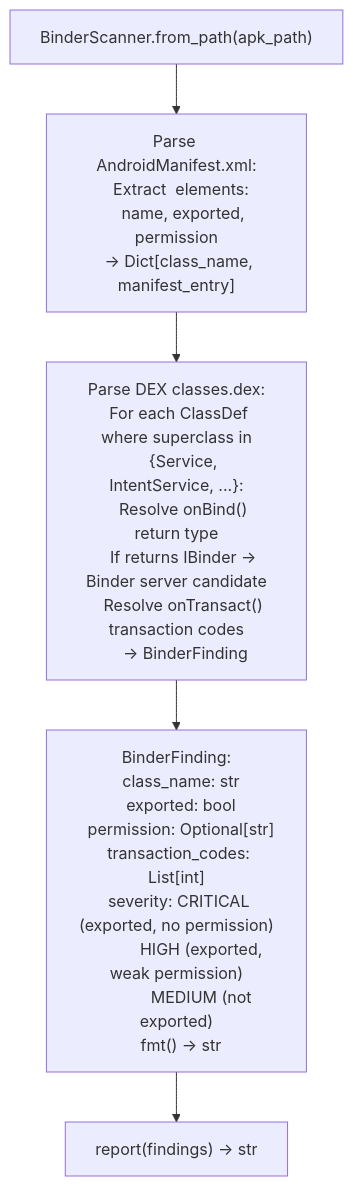
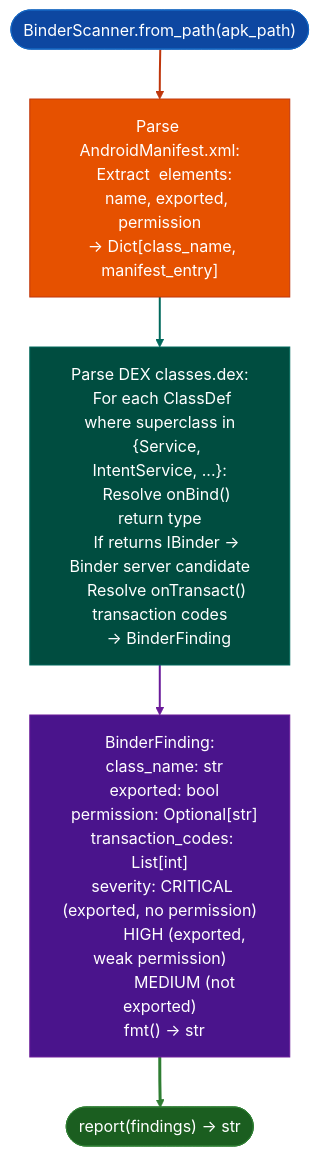
The diagram in docs/reference-modules/live-virtual-dispatch-slots.md (Ablation-Tool/ablation), drawn with Mermaid before and after one commit. The commit also changed 320 other files, not shown here.

First line of the commit message:
docs: apply canonical Mermaid template to all 321 diagrams

````diff
--- a/docs/reference-modules/live-virtual-dispatch-slots.md
+++ b/docs/reference-modules/live-virtual-dispatch-slots.md
@@ -19,7 +19,17 @@
 ```mermaid
 flowchart TD
-    A["BinderScanner.from_path(apk_path)"] --> B["Parse AndroidManifest.xml:\n  Extract <service> elements:\n    name, exported, permission\n  → Dict[class_name, manifest_entry]"]
-    B --> C["Parse DEX classes.dex:\n  For each ClassDef where superclass in\n    {Service, IntentService, ...}:\n    Resolve onBind() return type\n    If returns IBinder → Binder server candidate\n    Resolve onTransact() transaction codes\n    → BinderFinding"]
-    C --> D["BinderFinding:\n  class_name: str\n  exported: bool\n  permission: Optional[str]\n  transaction_codes: List[int]\n  severity: CRITICAL (exported, no permission)\n            HIGH (exported, weak permission)\n            MEDIUM (not exported)\n  fmt() → str"]
-    D --> E["report(findings) → str"]
+    A(["BinderScanner.from_path(apk_path)"]):::input --> B["Parse AndroidManifest.xml:\n  Extract <service> elements:\n    name, exported, permission\n  → Dict[class_name, manifest_entry]"]:::primary
+    B:::primary --> C["Parse DEX classes.dex:\n  For each ClassDef where superclass in\n    {Service, IntentService, ...}:\n    Resolve onBind() return type\n    If returns IBinder → Binder server candidate\n    Resolve onTransact() transaction codes\n    → BinderFinding"]:::secondary
+    C:::secondary --> D["BinderFinding:\n  class_name: str\n  exported: bool\n  permission: Optional[str]\n  transaction_codes: List[int]\n  severity: CRITICAL (exported, no permission)\n            HIGH (exported, weak permission)\n            MEDIUM (not exported)\n  fmt() → str"]:::tertiary
+    D:::tertiary --> E(["report(findings) → str"]):::output
+    classDef input     fill:#0d47a1,stroke:#1565c0,color:#fff
+    classDef primary   fill:#e65100,stroke:#bf360c,color:#fff
+    classDef secondary fill:#004d40,stroke:#00695c,color:#fff
+    classDef tertiary  fill:#4a148c,stroke:#6a1b9a,color:#fff
+    classDef neutral   fill:#37474f,stroke:#546e7a,color:#fff
+    classDef output    fill:#1b5e20,stroke:#2e7d32,color:#fff
+    linkStyle 0 stroke:#bf360c,stroke-width:2px
+    linkStyle 1 stroke:#00695c,stroke-width:2px
+    linkStyle 2 stroke:#6a1b9a,stroke-width:2px
+    linkStyle 3 stroke:#2e7d32,stroke-width:3px
 ```
````
